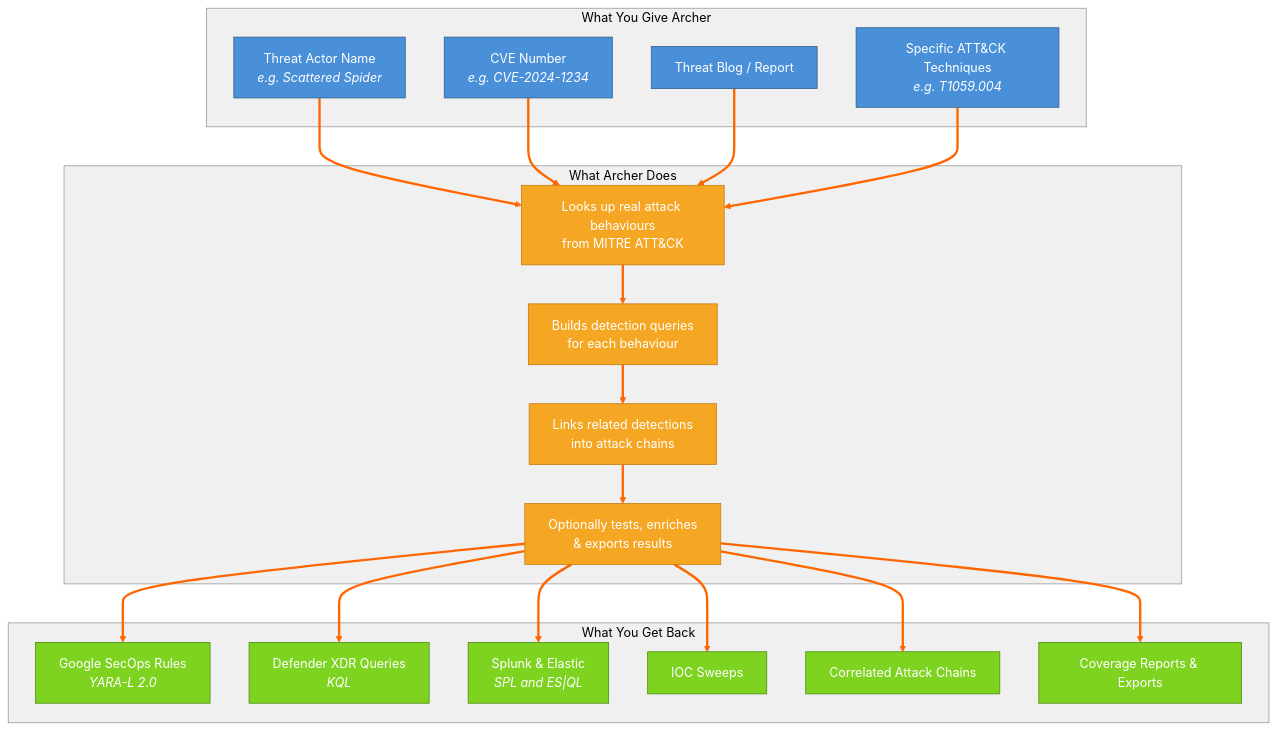
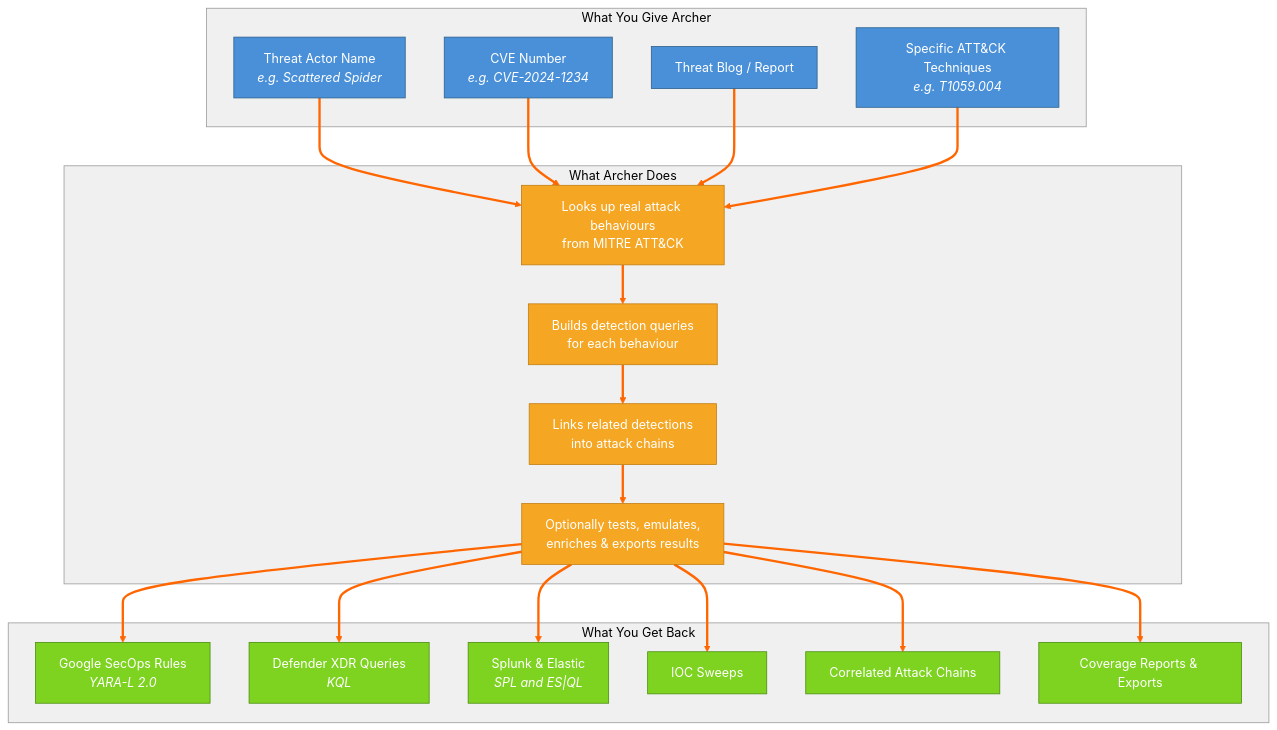
Before and after one commit to cmdaltr/shikari: the diagram in docs/architecture/mermaid/04_1_system_overview_what_is_archer.md, drawn with Mermaid. The commit also changed 12 other files, not shown here.

First line of the commit message:
docs(caldera): weave CALDERA through the architecture diagrams, guides and video

````diff
--- a/docs/architecture/mermaid/04_1_system_overview_what_is_archer.md
+++ b/docs/architecture/mermaid/04_1_system_overview_what_is_archer.md
@@ -5,56 +5,56 @@
 ```mermaid
 %%{init: {'theme': 'base', 'themeVariables': {'lineColor': '#ff6600', 'edgeLabelBackground': '#ffffff', 'primaryColor': '#4a90d9', 'primaryTextColor': '#ffffff', 'primaryBorderColor': '#2c5f8a', 'secondaryColor': '#e8e8e8', 'tertiaryColor': '#f5f5f5', 'clusterBkg': '#f0f0f0', 'clusterBorder': '#999999', 'titleColor': '#000000', 'nodeTextColor': '#000000', 'background': '#ffffff'}}}%%
 graph TB
     subgraph "What You Give Archer"
         A["Threat Actor Name<br/><i>e.g. Scattered Spider</i>"]
         B["CVE Number<br/><i>e.g. CVE-2024-1234</i>"]
         C["Threat Blog / Report"]
         D["Specific ATT&CK Techniques<br/><i>e.g. T1059.004</i>"]
     end
 
     subgraph "What Archer Does"
         E["Looks up real attack behaviours<br/>from MITRE ATT&CK"]
         F["Builds detection queries<br/>for each behaviour"]
         G["Links related detections<br/>into attack chains"]
-        H["Optionally tests, enriches<br/>& exports results"]
+        H["Optionally tests, emulates,<br/>enriches & exports results"]
     end
 
     subgraph "What You Get Back"
         I["Google SecOps Rules<br/><i>YARA-L 2.0</i>"]
         J["Defender XDR Queries<br/><i>KQL</i>"]
         K["Splunk & Elastic<br/><i>SPL and ES|QL</i>"]
         L["IOC Sweeps"]
         M["Correlated Attack Chains"]
         N["Coverage Reports & Exports"]
     end
 
     A --> E
     B --> E
     C --> E
     D --> E
     E --> F
     F --> G
     G --> H
     H --> I
     H --> J
     H --> K
     H --> L
     H --> M
     H --> N
 
     style A fill:#4a90d9,stroke:#2c5f8a,color:#fff
     style B fill:#4a90d9,stroke:#2c5f8a,color:#fff
     style C fill:#4a90d9,stroke:#2c5f8a,color:#fff
     style D fill:#4a90d9,stroke:#2c5f8a,color:#fff
     style E fill:#f5a623,stroke:#c17d10,color:#fff
     style F fill:#f5a623,stroke:#c17d10,color:#fff
     style G fill:#f5a623,stroke:#c17d10,color:#fff
     style H fill:#f5a623,stroke:#c17d10,color:#fff
     style I fill:#7ed321,stroke:#4a8c0f,color:#fff
     style J fill:#7ed321,stroke:#4a8c0f,color:#fff
     style K fill:#7ed321,stroke:#4a8c0f,color:#fff
     style L fill:#7ed321,stroke:#4a8c0f,color:#fff
     style M fill:#7ed321,stroke:#4a8c0f,color:#fff
     style N fill:#7ed321,stroke:#4a8c0f,color:#fff
     linkStyle default stroke:#ff6600,stroke-width:3px
 ```
````
